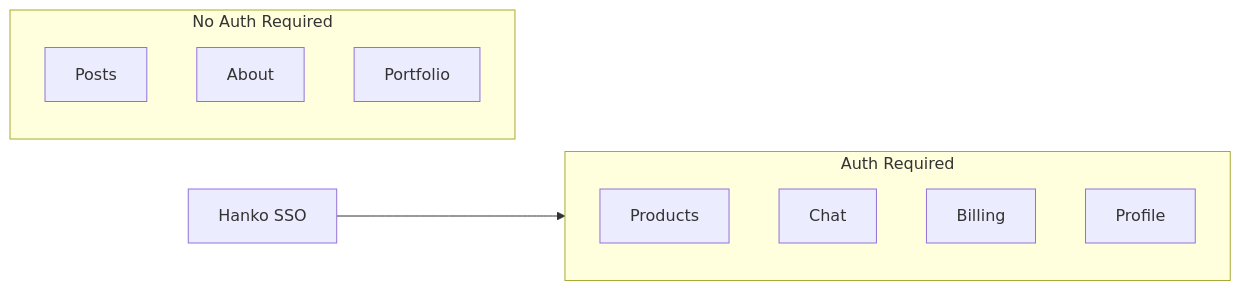
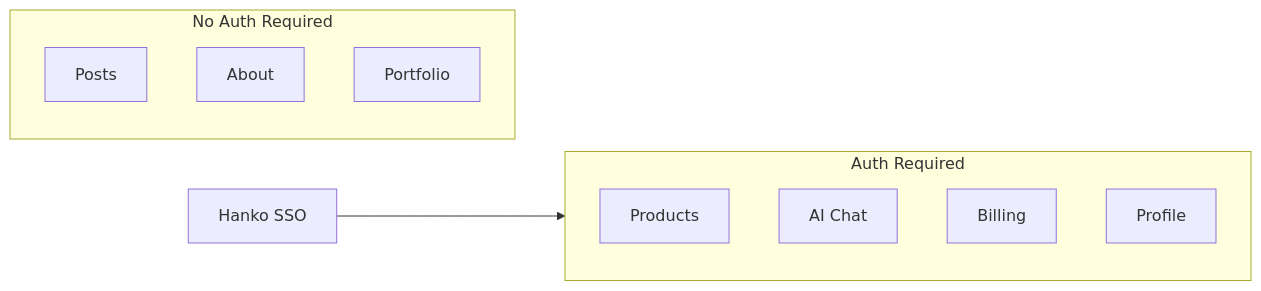
Diagram 11 of 11 in expansion.md (dirm02/bloggista), drawn with Mermaid before and after one commit. The commit also changed other lines of this file, not shown here.

````diff
--- a/expansion.md
+++ b/expansion.md
@@ -304,17 +388,17 @@
 ```mermaid
 flowchart LR
     subgraph PublicAccess [No Auth Required]
         Posts[Posts]
         About[About]
         Portfolio[Portfolio]
     end
 
     subgraph ProtectedAccess [Auth Required]
         Products[Products]
-        Chat[Chat]
+        AIChat[AI Chat]
         Billing[Billing]
         Profile[Profile]
     end
 
     Hanko[Hanko SSO] --> ProtectedAccess
 ```
````
